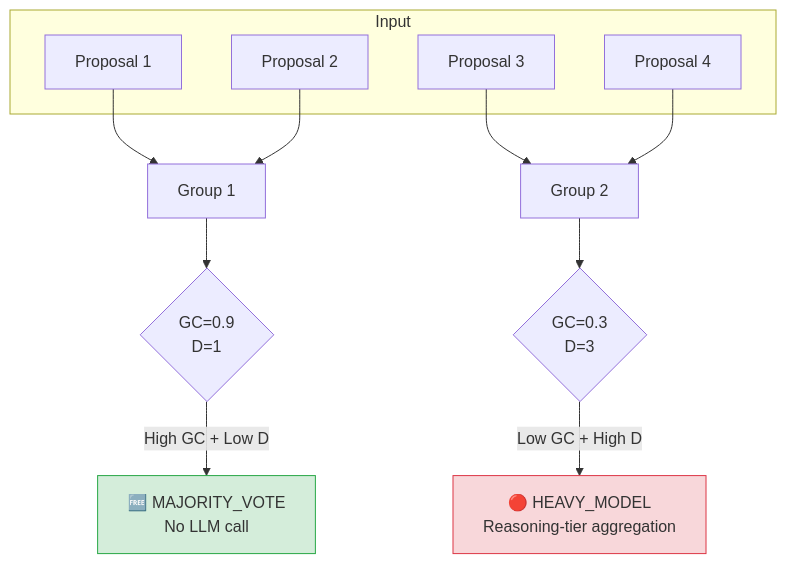
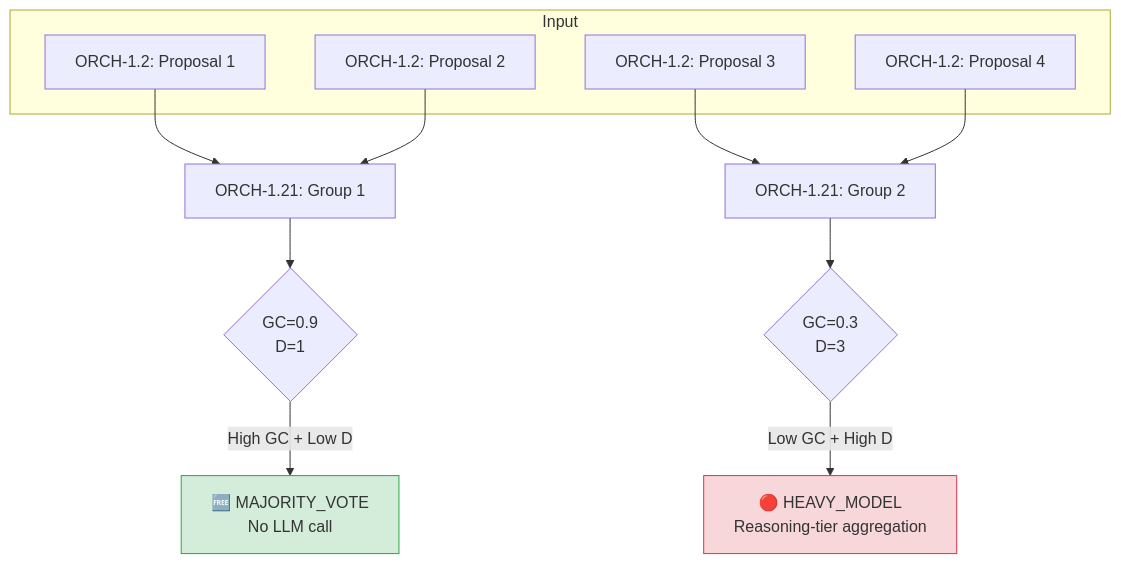
The second of 3 diagrams in docs/guides/squeeze-evolve-routing.md (Knuckles-Team/agent-utilities), drawn with Mermaid before and after one commit. The commit also changed other lines of this file and 325 other files, not shown here.

````diff
--- a/docs/guides/squeeze-evolve-routing.md
+++ b/docs/guides/squeeze-evolve-routing.md
@@ -122,21 +122,21 @@
 ```mermaid
 flowchart TB
     subgraph Input
-        P1[Proposal 1]
-        P2[Proposal 2]
-        P3[Proposal 3]
-        P4[Proposal 4]
+        P1[ORCH-1.2: Proposal 1]
+        P2[ORCH-1.2: Proposal 2]
+        P3[ORCH-1.2: Proposal 3]
+        P4[ORCH-1.2: Proposal 4]
     end
 
-    P1 & P2 --> G1[Group 1]
-    P3 & P4 --> G2[Group 2]
+    P1 & P2 --> G1[ORCH-1.21: Group 1]
+    P3 & P4 --> G2[ORCH-1.21: Group 2]
 
     G1 --> F1{GC=0.9<br/>D=1}
     G2 --> F2{GC=0.3<br/>D=3}
 
     F1 -->|"High GC + Low D"| MV["🆓 MAJORITY_VOTE<br/>No LLM call"]
     F2 -->|"Low GC + High D"| HM["🔴 HEAVY_MODEL<br/>Reasoning-tier aggregation"]
 
     style MV fill:#d4edda,stroke:#28a745
     style HM fill:#f8d7da,stroke:#dc3545
 ```
````
